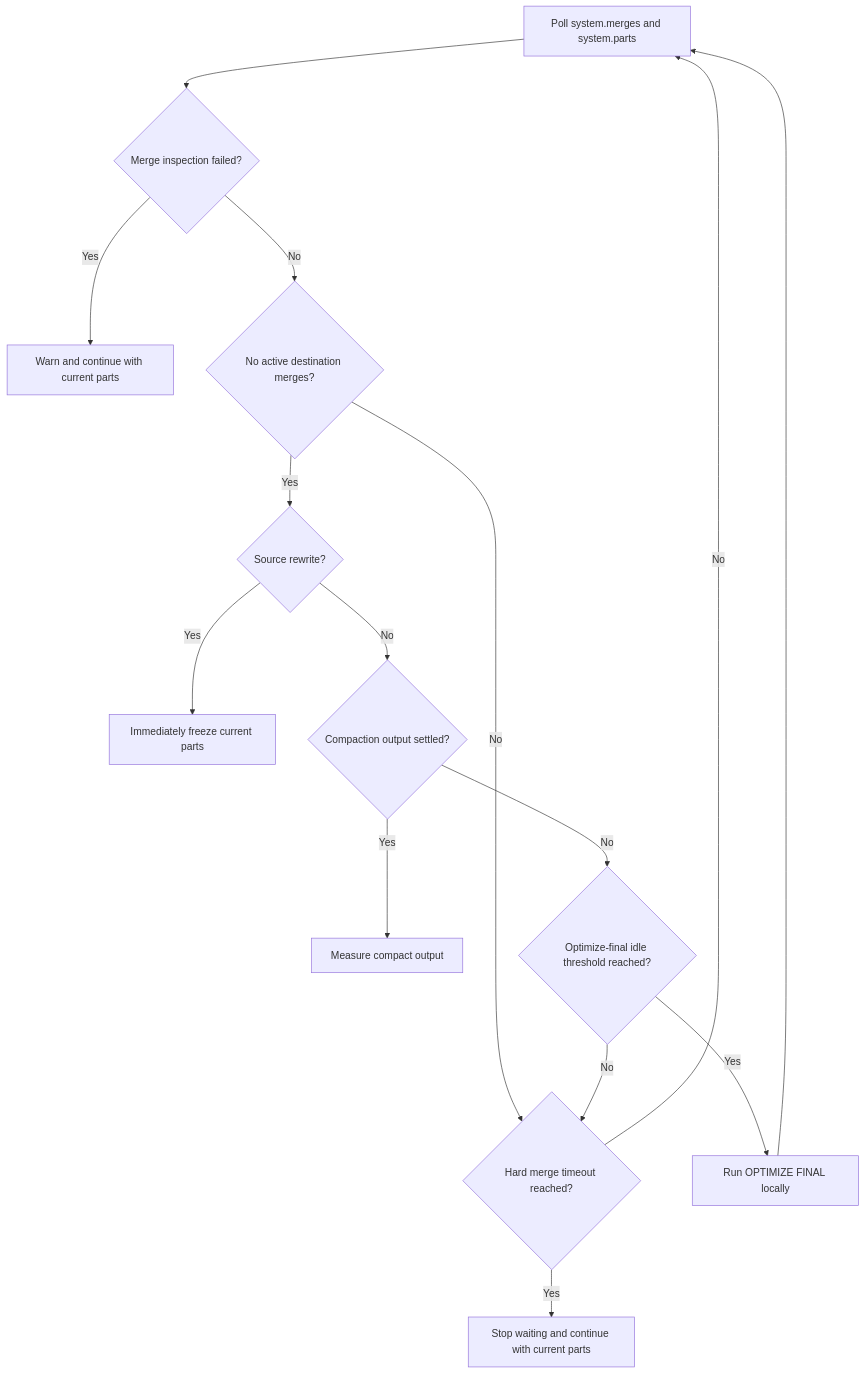
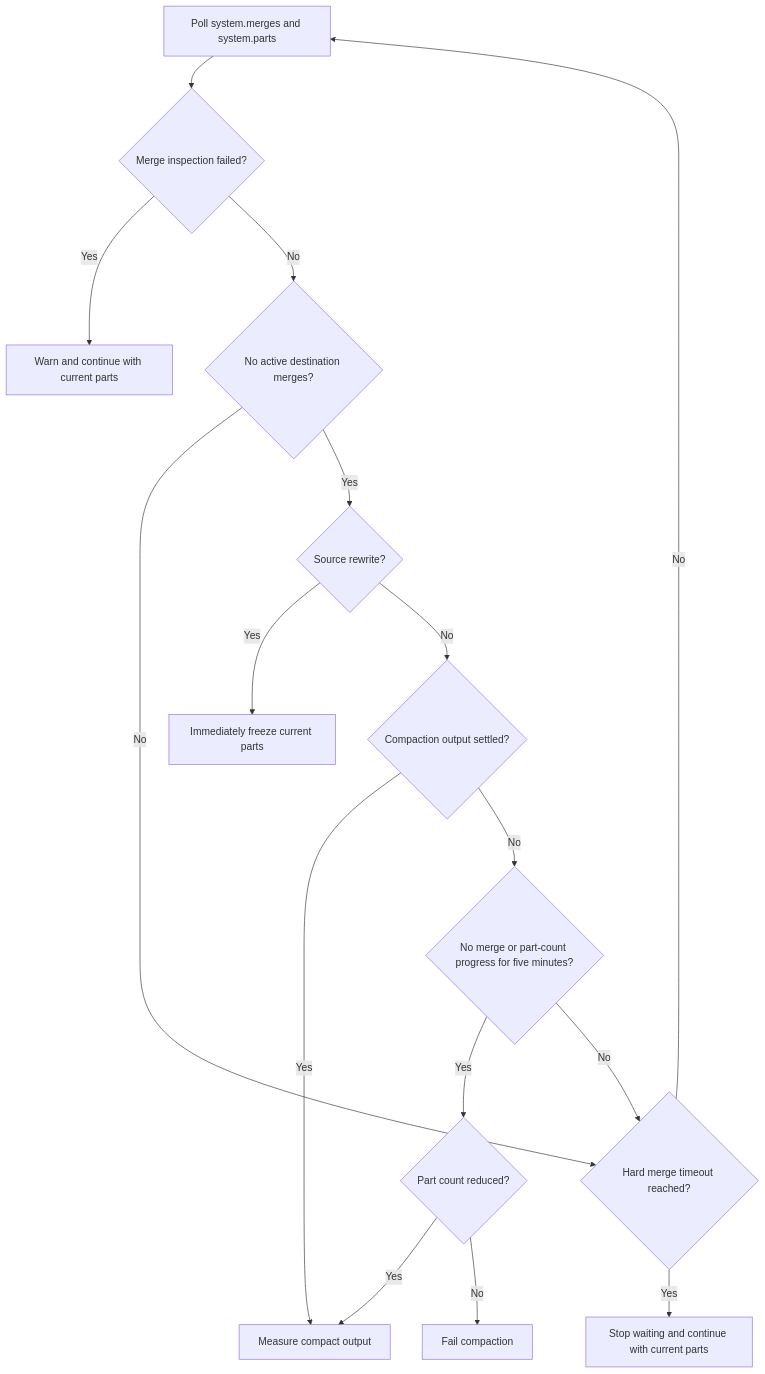
The third of 3 diagrams in docs/rewrite-flow.md (PostHog/partforge), drawn with Mermaid before and after one commit. The commit also changed other lines of this file and 3 other files, not shown here.

````diff
--- a/docs/rewrite-flow.md
+++ b/docs/rewrite-flow.md
@@ -85,17 +85,18 @@
 ```mermaid
 graph TD
     A[Poll system.merges and system.parts] --> B{Merge inspection failed?}
     B -- Yes --> C[Warn and continue with current parts]
     B -- No --> D{No active destination merges?}
     D -- No --> E{Hard merge timeout reached?}
     E -- No --> A
     E -- Yes --> F[Stop waiting and continue with current parts]
     D -- Yes --> G{Source rewrite?}
     G -- Yes --> H[Immediately freeze current parts]
     G -- No --> I{Compaction output settled?}
     I -- Yes --> J[Measure compact output]
-    I -- No --> K{Optimize-final idle threshold reached?}
-    K -- Yes --> L[Run OPTIMIZE FINAL locally]
-    L --> A
+    I -- No --> K{No merge or part-count progress for five minutes?}
+    K -- Yes --> L{Part count reduced?}
+    L -- Yes --> J
+    L -- No --> M[Fail compaction]
     K -- No --> E
 ```
````
